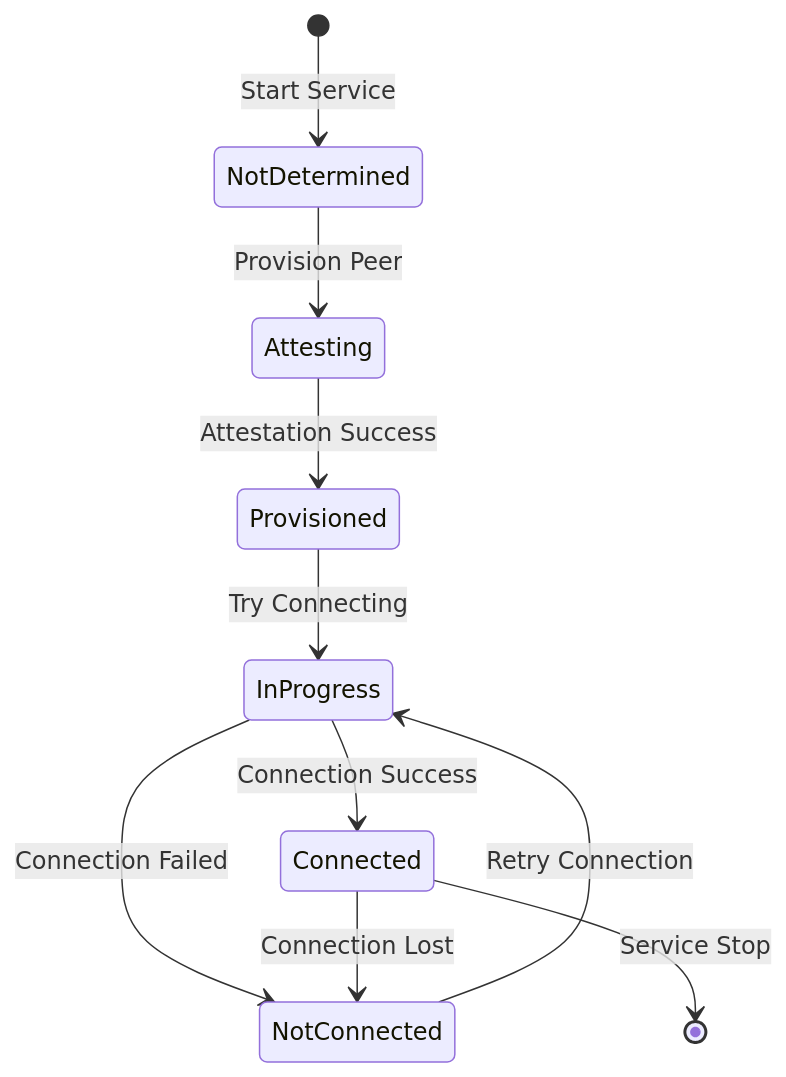
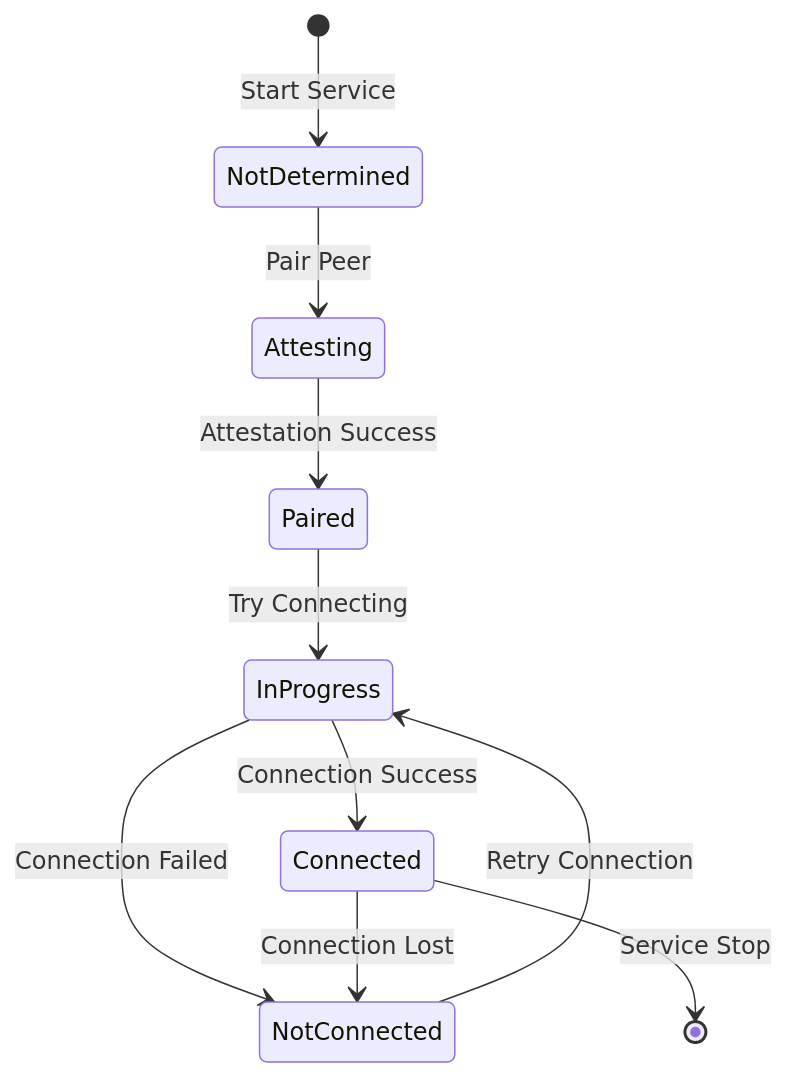
The third of 4 diagrams in README.md (ibm-openbmc/bmc-pairing-manager), drawn with Mermaid before and after one commit. The commit also changed other lines of this file and 2 other files, not shown here.

````diff
--- a/README.md
+++ b/README.md
@@ -169,12 +172,12 @@
 ```mermaid
 stateDiagram-v2
     [*] --> NotDetermined: Start Service
-    NotDetermined --> Attesting: Provision Peer
-    Attesting --> Provisioned: Attestation Success
-    Provisioned --> InProgress: Try Connecting  
+    NotDetermined --> Attesting: Pair Peer
+    Attesting --> Paired: Attestation Success
+    Paired --> InProgress: Try Connecting
     InProgress --> Connected: Connection Success
     InProgress --> NotConnected: Connection Failed
     Connected --> NotConnected: Connection Lost
     NotConnected --> InProgress: Retry Connection
     Connected --> [*]: Service Stop
 ```
````
